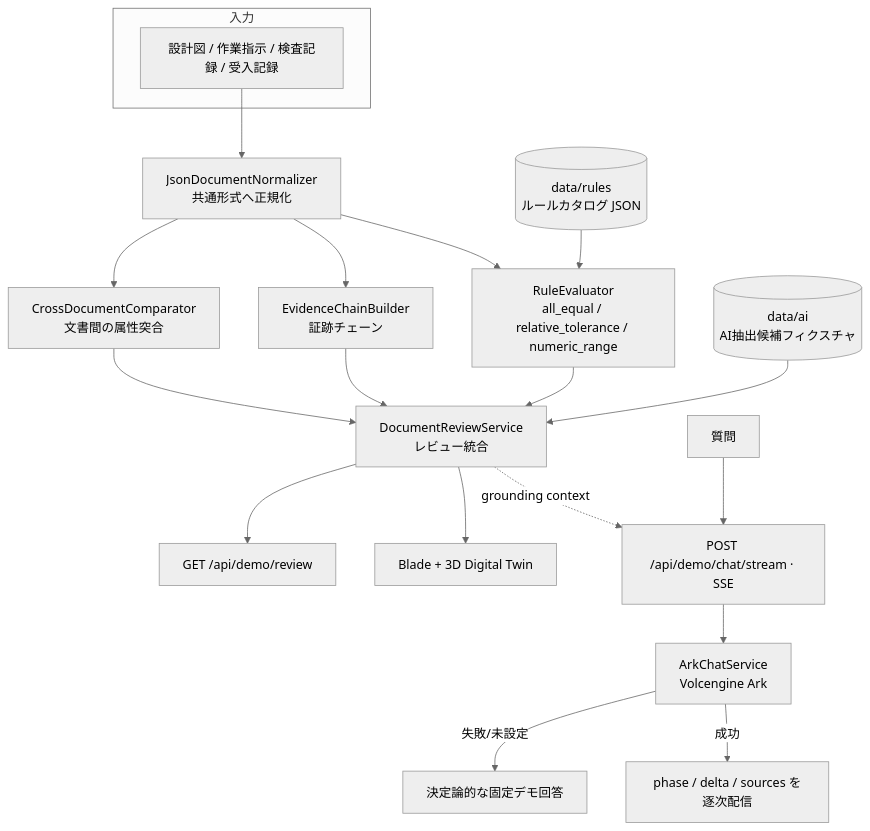
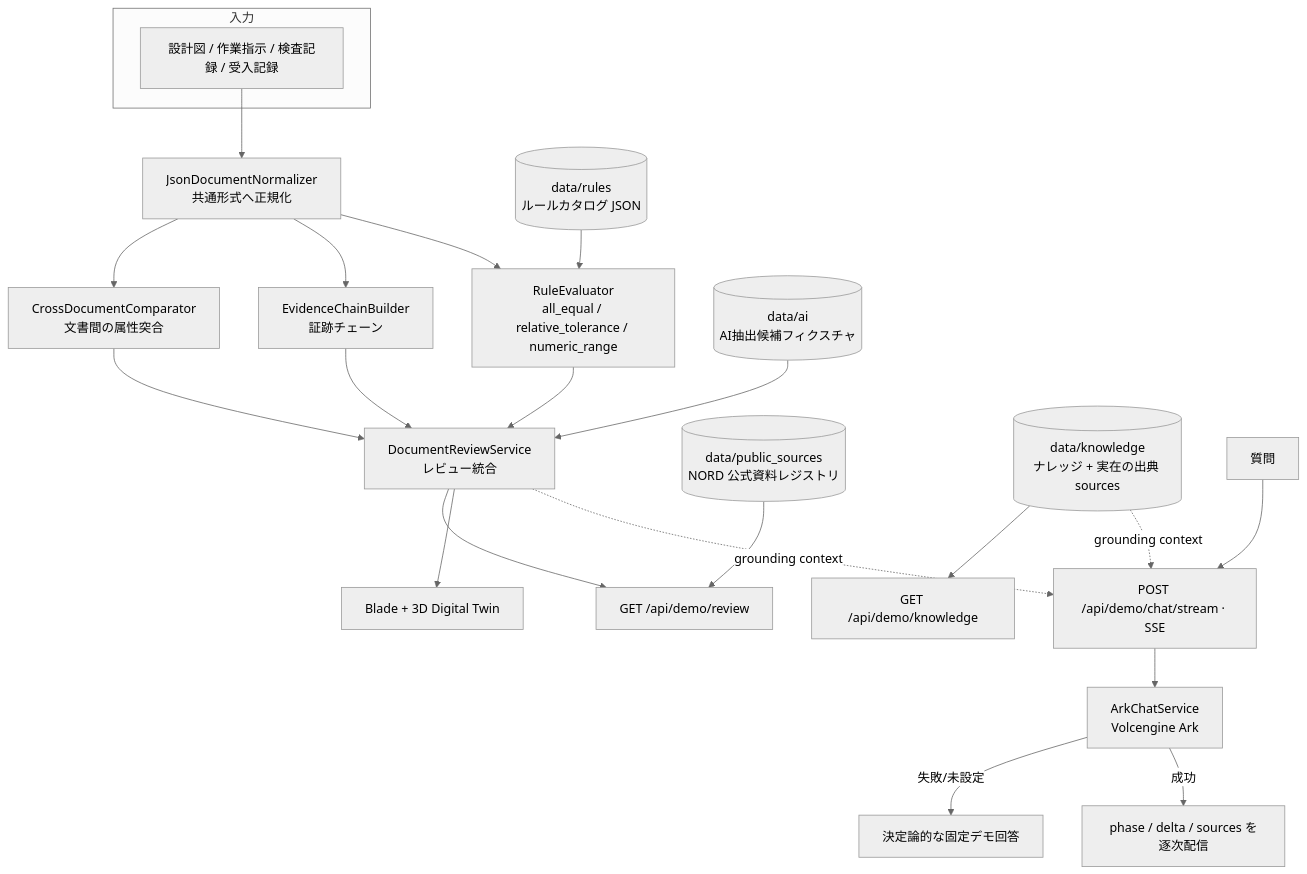
Before and after one commit to moseszhu999/technical-document-review-demo: the diagram in README.md, drawn with Mermaid (neutral theme). The commit also changed other lines of this file and 1 other file, not shown here.

First line of the commit message:
docs(readme): document the knowledge layer and repair mangled code-map paths

````diff
--- a/README.md
+++ b/README.md
@@ -51,27 +51,31 @@
 ```mermaid
 flowchart TD
     subgraph 入力
         D[設計図 / 作業指示 / 検査記録 / 受入記録]
     end
 
     D --> N[JsonDocumentNormalizer<br/>共通形式へ正規化]
     N --> C[CrossDocumentComparator<br/>文書間の属性突合]
     N --> E[EvidenceChainBuilder<br/>証跡チェーン]
 
     RC[(data/rules<br/>ルールカタログ JSON)] --> R[RuleEvaluator<br/>all_equal / relative_tolerance / numeric_range]
     N --> R
 
     AC[(data/ai<br/>AI抽出候補フィクスチャ)] --> S[DocumentReviewService<br/>レビュー統合]
     C --> S
     R --> S
     E --> S
 
     S --> API[GET /api/demo/review]
     S --> UI[Blade + 3D Digital Twin]
 
+    PS[(data/public_sources<br/>NORD 公式資料レジストリ)] --> API
+    KC[(data/knowledge<br/>ナレッジ + 実在の出典 sources)] --> KAPI[GET /api/demo/knowledge]
+
     Q[質問] --> CHAT[POST /api/demo/chat/stream · SSE]
     S -. grounding context .-> CHAT
+    KC -. grounding context .-> CHAT
     CHAT --> ARK[ArkChatService<br/>Volcengine Ark]
     ARK -- 失敗/未設定 --> FB[決定論的な固定デモ回答]
     ARK -- 成功 --> ANS[phase / delta / sources を逐次配信]
 ```
````
